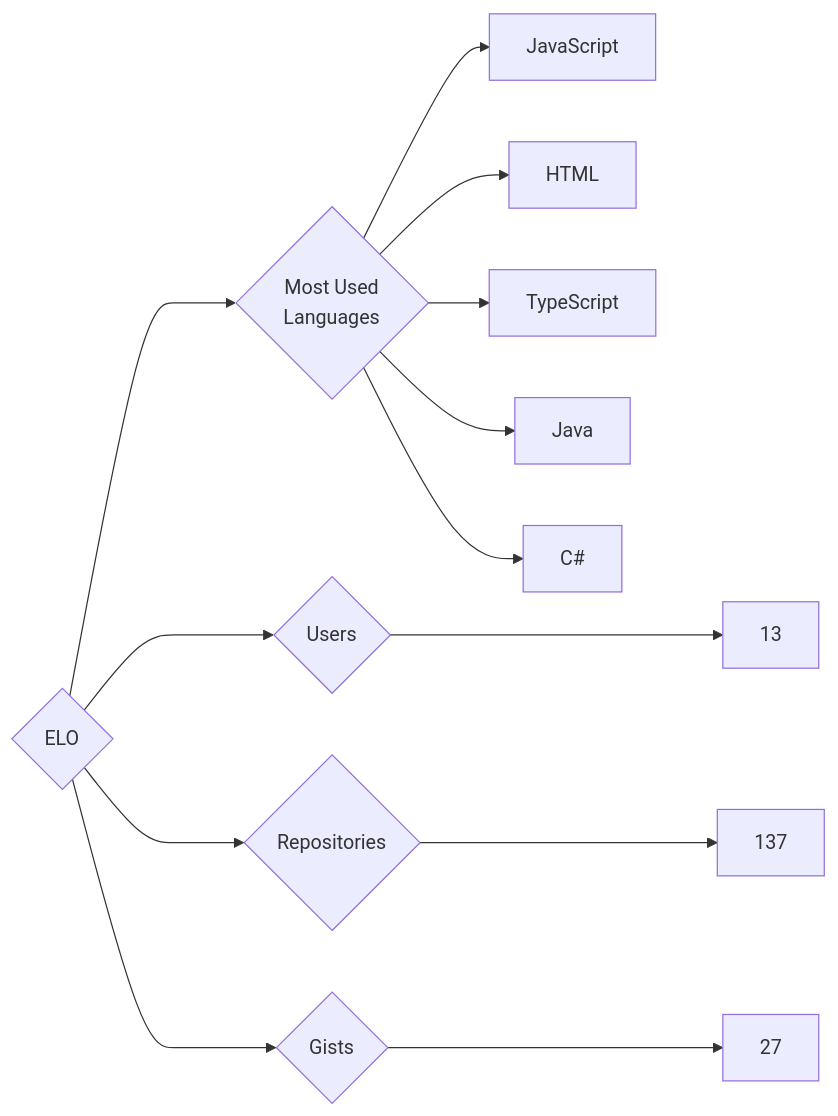
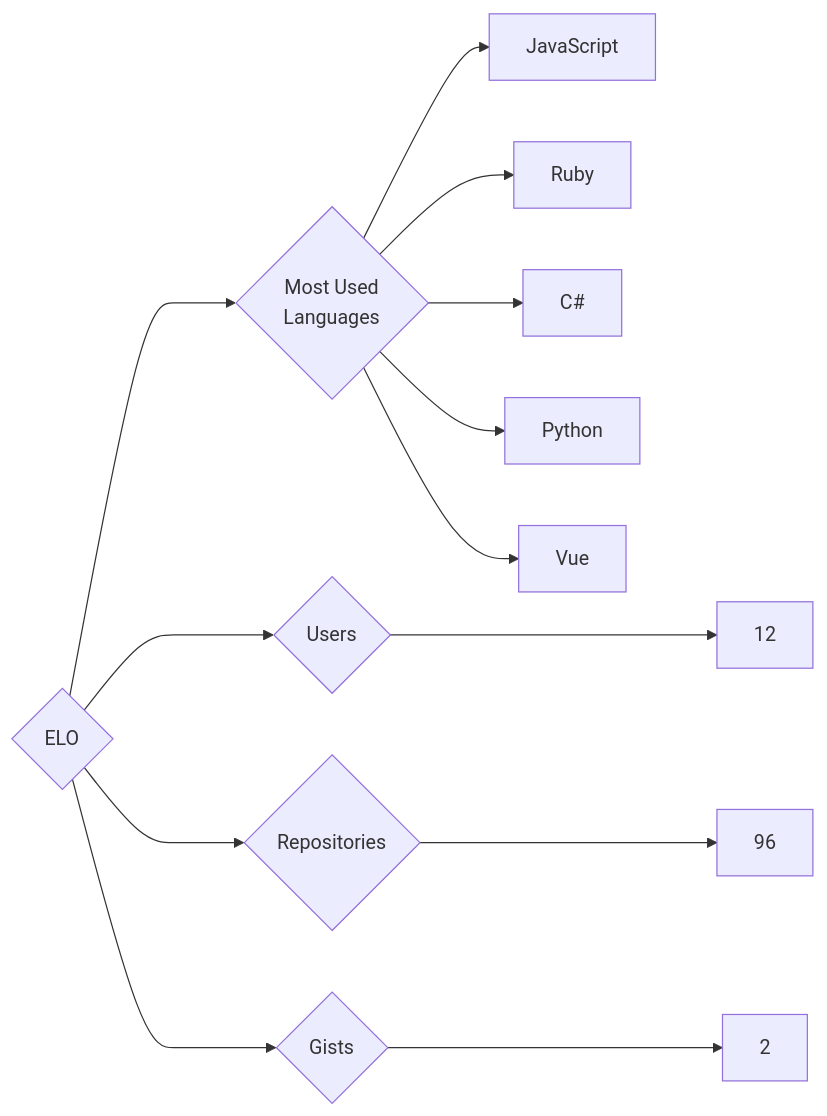
One commit to trickest/insiders changed the diagram in targets/ELO/README.md. Above: the diagram before and after it, drawn with Mermaid. The commit also changed 633 other files, not shown here.

````diff
--- a/targets/ELO/README.md
+++ b/targets/ELO/README.md
@@ -3,13 +3,13 @@
 ```mermaid
 graph LR
 COMPANY_NAME{ELO}
-COMPANY_NAME ---> U{Users} ---> UN[13]
-COMPANY_NAME ---> R{Repositories} ---> RN[137]
-COMPANY_NAME ---> G{Gists} ---> GN[27]
+COMPANY_NAME ---> U{Users} ---> UN[12]
+COMPANY_NAME ---> R{Repositories} ---> RN[96]
+COMPANY_NAME ---> G{Gists} ---> GN[2]
 COMPANY_NAME ---> ML{Most Used<br>Languages}
 ML --> JavaScript[JavaScript]
-ML --> HTML[HTML]
-ML --> TypeScript[TypeScript]
-ML --> Java[Java]
+ML --> Ruby[Ruby]
 ML --> C#[C#]
+ML --> Python[Python]
+ML --> Vue[Vue]
 ```
````
